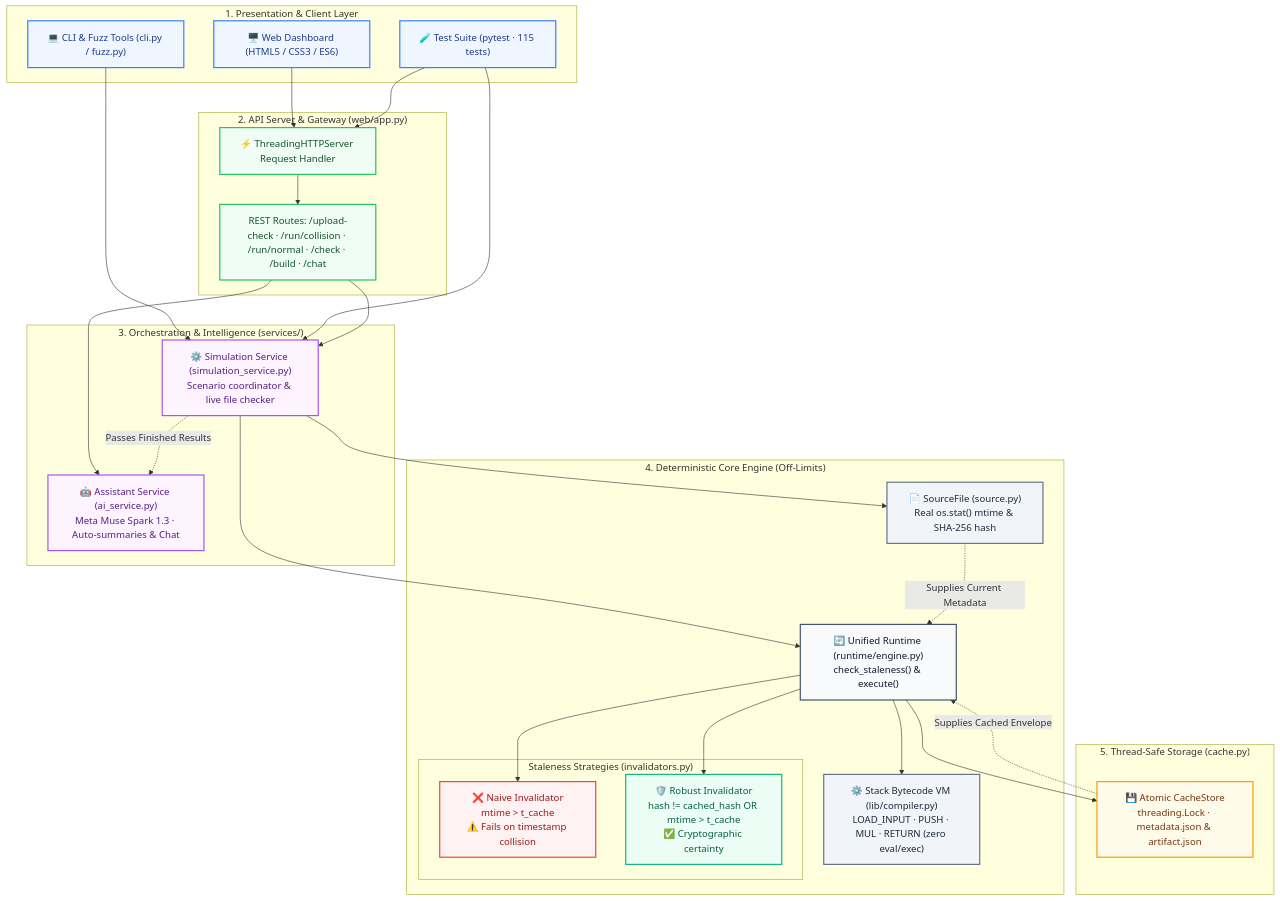
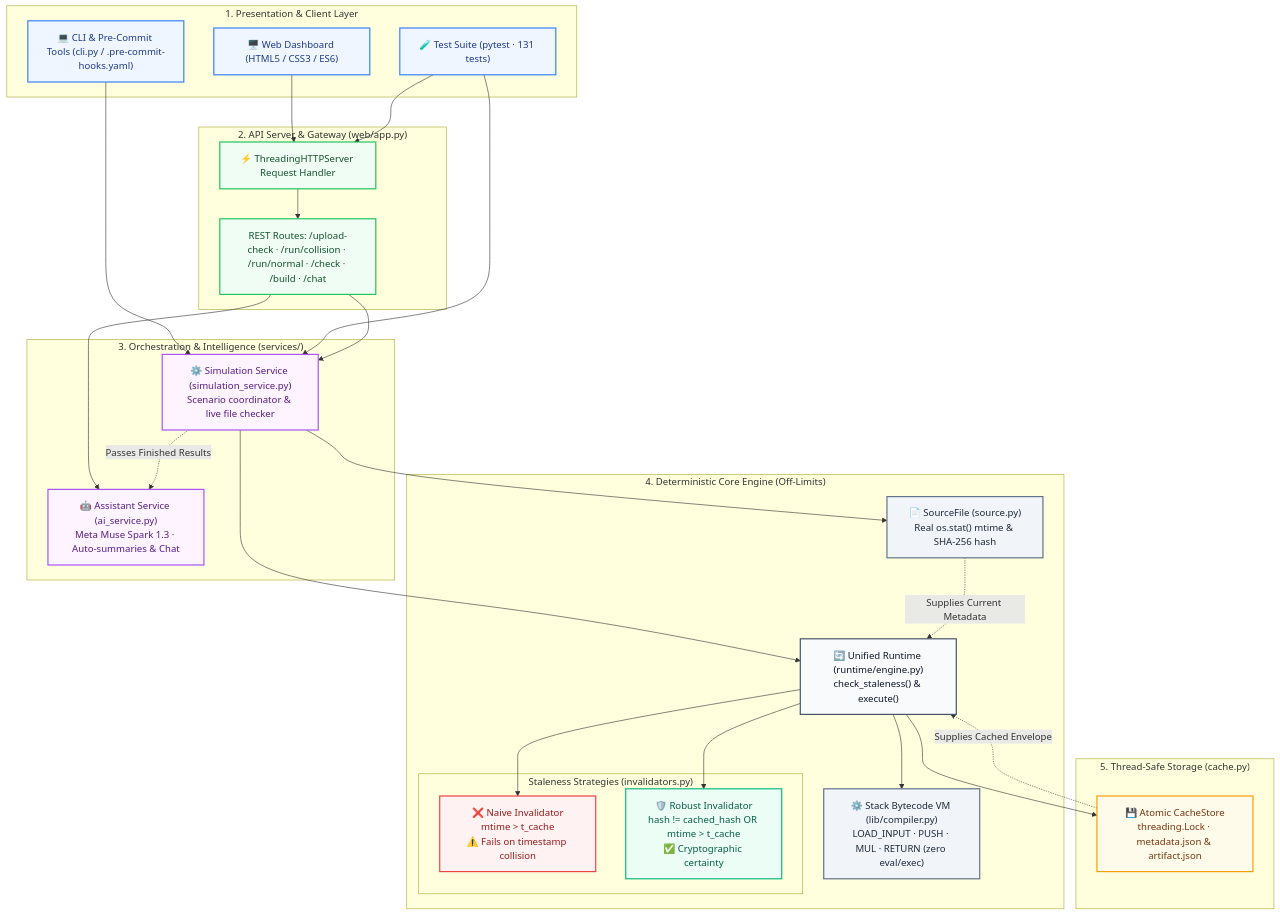
Before and after one commit to charanjalluri/StaleByte: the first of 2 diagrams in docs/architecture.md, drawn with Mermaid. The commit also changed other lines of this file and 16 other files, not shown here.

First line of the commit message:
feat: add CLI packaging, pre-commit hook integration, and DSL compiler test suite

````diff
--- a/docs/architecture.md
+++ b/docs/architecture.md
@@ -15,66 +15,66 @@
 ```mermaid
 flowchart TD
     %% Styling Classes
     classDef clientStyle fill:#eff6ff,stroke:#3b82f6,stroke-width:2px,color:#1e3a8a;
     classDef apiStyle fill:#f0fdf4,stroke:#22c55e,stroke-width:2px,color:#14532d;
     classDef svcStyle fill:#fdf4ff,stroke:#a855f7,stroke-width:2px,color:#581c87;
     classDef runtimeStyle fill:#f8fafc,stroke:#475569,stroke-width:2px,color:#0f172a;
     classDef naiveStyle fill:#fef2f2,stroke:#ef4444,stroke-width:2px,color:#991b1b;
     classDef robustStyle fill:#ecfdf5,stroke:#10b981,stroke-width:2px,color:#065f46;
     classDef cacheStyle fill:#fffbeb,stroke:#f59e0b,stroke-width:2px,color:#78350f;
     classDef vmStyle fill:#f1f5f9,stroke:#64748b,stroke-width:2px,color:#1e293b;
 
     subgraph CLIENTS [" 1. Presentation & Client Layer "]
         WEB["🖥️ Web Dashboard (HTML5 / CSS3 / ES6)"]:::clientStyle
-        CLI["💻 CLI & Fuzz Tools (cli.py / fuzz.py)"]:::clientStyle
-        TEST["🧪 Test Suite (pytest · 115 tests)"]:::clientStyle
+        CLI["💻 CLI & Pre-Commit Tools (cli.py / .pre-commit-hooks.yaml)"]:::clientStyle
+        TEST["🧪 Test Suite (pytest · 131 tests)"]:::clientStyle
     end
 
     subgraph API [" 2. API Server & Gateway (web/app.py) "]
         ROUTER["⚡ ThreadingHTTPServer Request Handler"]:::apiStyle
         ENDPOINTS["REST Routes: /upload-check · /run/collision · /run/normal · /check · /build · /chat"]:::apiStyle
     end
 
     subgraph SERVICES [" 3. Orchestration & Intelligence (services/) "]
         SIM["⚙️ Simulation Service (simulation_service.py)<br/>Scenario coordinator & live file checker"]:::svcStyle
         AI["🤖 Assistant Service (ai_service.py)<br/>Meta Muse Spark 1.3 · Auto-summaries & Chat"]:::svcStyle
     end
 
     subgraph CORE [" 4. Deterministic Core Engine (Off-Limits) "]
         SRC["📄 SourceFile (source.py)<br/>Real os.stat() mtime & SHA-256 hash"]:::vmStyle
         RUNTIME["🔄 Unified Runtime (runtime/engine.py)<br/>check_staleness() & execute()"]:::runtimeStyle
 
         subgraph STRATEGIES [" Staleness Strategies (invalidators.py) "]
             NAIVE["❌ Naive Invalidator<br/>mtime > t_cache<br/>⚠️ Fails on timestamp collision"]:::naiveStyle
             ROBUST["🛡️ Robust Invalidator<br/>hash != cached_hash OR mtime > t_cache<br/>✅ Cryptographic certainty"]:::robustStyle
         end
 
         VM["⚙️ Stack Bytecode VM (lib/compiler.py)<br/>LOAD_INPUT · PUSH · MUL · RETURN (zero eval/exec)"]:::vmStyle
     end
 
     subgraph STORAGE [" 5. Thread-Safe Storage (cache.py) "]
         CACHE["💾 Atomic CacheStore<br/>threading.Lock · metadata.json & artifact.json"]:::cacheStyle
     end
 
     %% Connections
     WEB --> ROUTER
     CLI --> SIM
     TEST --> ROUTER
     TEST --> SIM
 
     ROUTER --> ENDPOINTS
     ENDPOINTS --> SIM
     ENDPOINTS --> AI
 
     SIM --> RUNTIME
     SIM --> SRC
     SIM -.->|Passes Finished Results| AI
 
     RUNTIME --> NAIVE
     RUNTIME --> ROBUST
     RUNTIME --> VM
     RUNTIME --> CACHE
 
     SRC -.->|Supplies Current Metadata| RUNTIME
     CACHE -.->|Supplies Cached Envelope| RUNTIME
 ```
````
